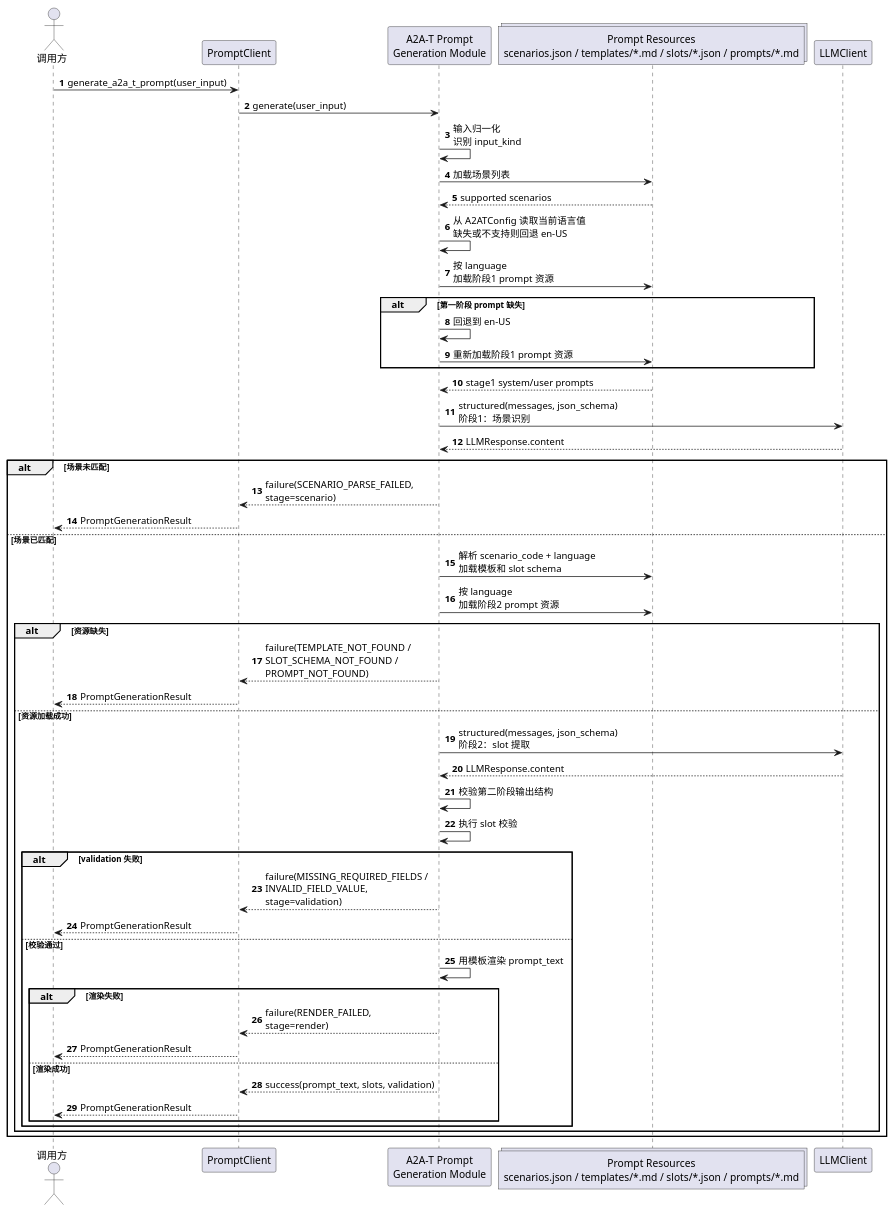
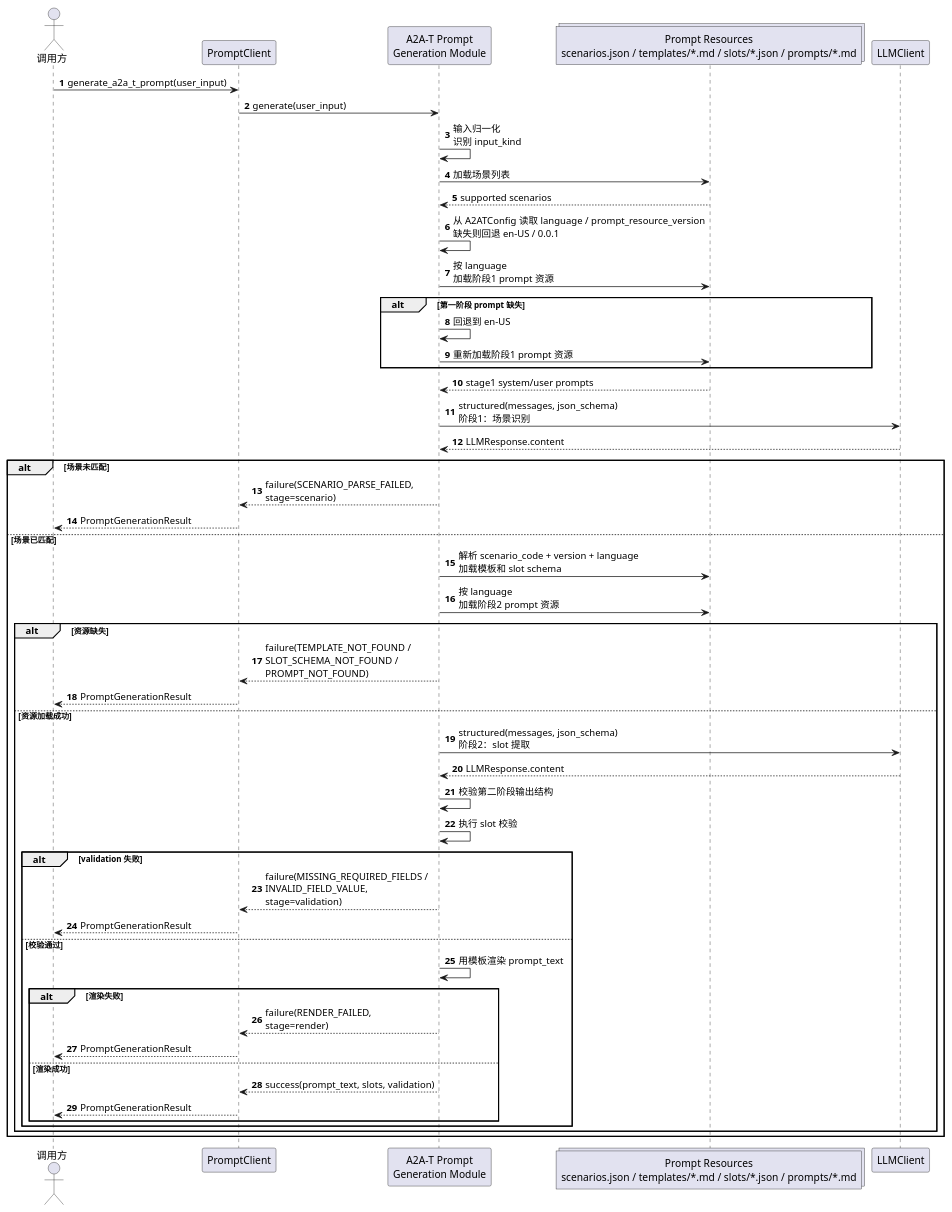
Before and after one commit to project-openan/a2a-t-sdk-python: the second of 2 diagrams in docs/superpowers/specs/2026-04-11-a2a-t-prompt-generation-design.md, drawn with PlantUML. The commit also changed other lines of this file and 1 other file, not shown here.

Commit message:
docs: add prompt refactor design

````diff
--- a/docs/superpowers/specs/2026-04-11-a2a-t-prompt-generation-design.md
+++ b/docs/superpowers/specs/2026-04-11-a2a-t-prompt-generation-design.md
@@ -150,61 +176,61 @@
 ```plantuml
 @startuml
 skinparam shadowing false
 autonumber
 
 actor "调用方" as Caller
 participant "PromptClient" as Client
 participant "A2A-T Prompt\nGeneration Module" as Module
 collections "Prompt Resources\nscenarios.json / templates/*.md / slots/*.json / prompts/*.md" as PromptResources
 participant "LLMClient" as LLMClient
 
 Caller -> Client : generate_a2a_t_prompt(user_input)
 Client -> Module : generate(user_input)
 Module -> Module : 输入归一化\n识别 input_kind
 
 Module -> PromptResources : 加载场景列表
 PromptResources --> Module : supported scenarios
 
-Module -> Module : 从 A2ATConfig 读取当前语言值\n缺失或不支持则回退 en-US
+Module -> Module : 从 A2ATConfig 读取 language / prompt_resource_version\n缺失则回退 en-US / 0.0.1
 Module -> PromptResources : 按 language\n加载阶段1 prompt 资源
 alt 第一阶段 prompt 缺失
   Module -> Module : 回退到 en-US
   Module -> PromptResources : 重新加载阶段1 prompt 资源
 end
 PromptResources --> Module : stage1 system/user prompts
 Module -> LLMClient : structured(messages, json_schema)\n阶段1：场景识别
 LLMClient --> Module : LLMResponse.content
 
 alt 场景未匹配
   Module --> Client : failure(SCENARIO_PARSE_FAILED,\nstage=scenario)
   Client --> Caller : PromptGenerationResult
 else 场景已匹配
-  Module -> PromptResources : 解析 scenario_code + language\n加载模板和 slot schema
+  Module -> PromptResources : 解析 scenario_code + version + language\n加载模板和 slot schema
   Module -> PromptResources : 按 language\n加载阶段2 prompt 资源
 
   alt 资源缺失
     Module --> Client : failure(TEMPLATE_NOT_FOUND /\nSLOT_SCHEMA_NOT_FOUND /\nPROMPT_NOT_FOUND)
     Client --> Caller : PromptGenerationResult
   else 资源加载成功
     Module -> LLMClient : structured(messages, json_schema)\n阶段2：slot 提取
     LLMClient --> Module : LLMResponse.content
     Module -> Module : 校验第二阶段输出结构
     Module -> Module : 执行 slot 校验
 
     alt validation 失败
       Module --> Client : failure(MISSING_REQUIRED_FIELDS /\nINVALID_FIELD_VALUE,\nstage=validation)
       Client --> Caller : PromptGenerationResult
     else 校验通过
       Module -> Module : 用模板渲染 prompt_text
       alt 渲染失败
         Module --> Client : failure(RENDER_FAILED,\nstage=render)
         Client --> Caller : PromptGenerationResult
       else 渲染成功
         Module --> Client : success(prompt_text, slots, validation)
         Client --> Caller : PromptGenerationResult
       end
     end
   end
 end
 @enduml
 ```
````
